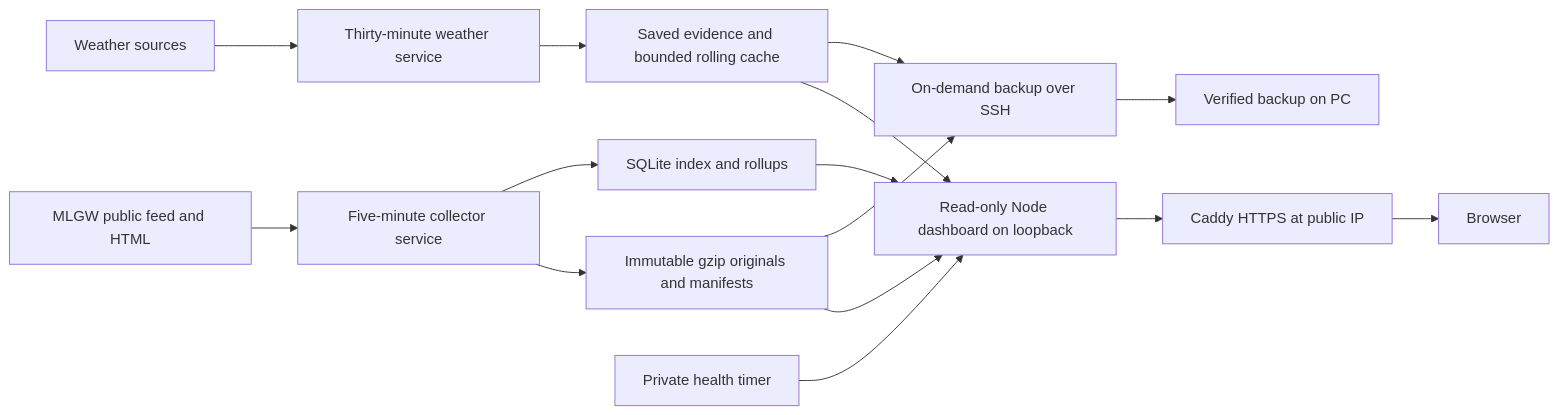
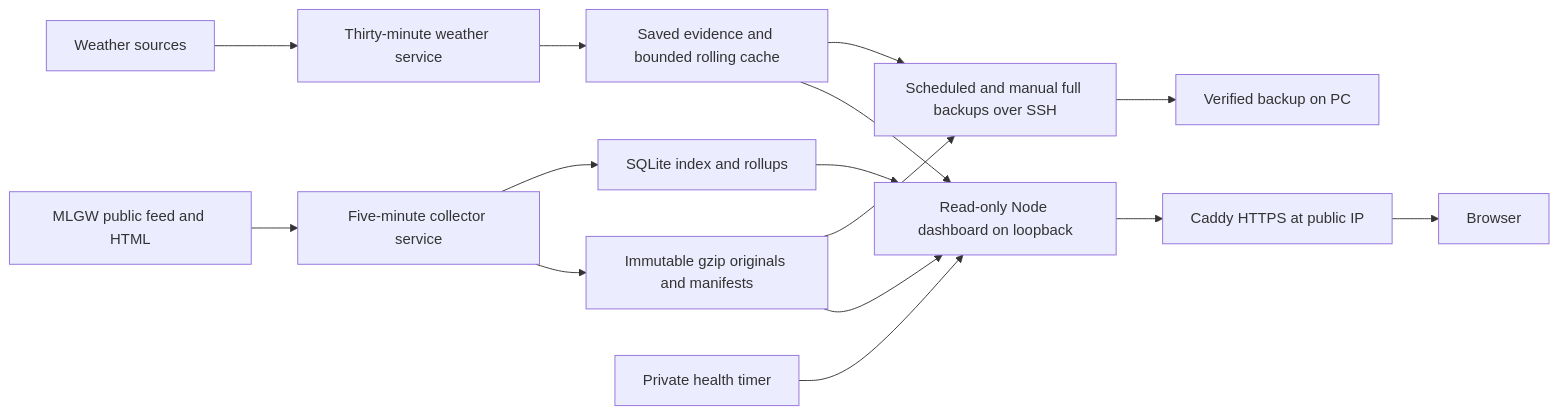
One commit to jpbranson/mlgw-outage-scraper changed the diagram in DESIGN_PLAN.md. Above: the diagram before and after it, drawn with Mermaid. The commit also changed other lines of this file and 3 other files, not shown here.

Commit message:
Reconcile documentation with audit release and scheduled backups

````diff
--- a/DESIGN_PLAN.md
+++ b/DESIGN_PLAN.md
@@ -159,17 +161,17 @@
 ```mermaid
 flowchart LR
     M[MLGW public feed and HTML] --> C[Five-minute collector service]
     C --> R[Immutable gzip originals and manifests]
     C --> D[SQLite index and rollups]
     W[Weather sources] --> J[Thirty-minute weather service]
     J --> E[Saved evidence and bounded rolling cache]
     R --> A[Read-only Node dashboard on loopback]
     D --> A
     E --> A
     A --> P[Caddy HTTPS at public IP]
     P --> U[Browser]
     H[Private health timer] --> A
-    R --> B[On-demand backup over SSH]
+    R --> B[Scheduled and manual full backups over SSH]
     E --> B
     B --> L[Verified backup on PC]
 ```
````
